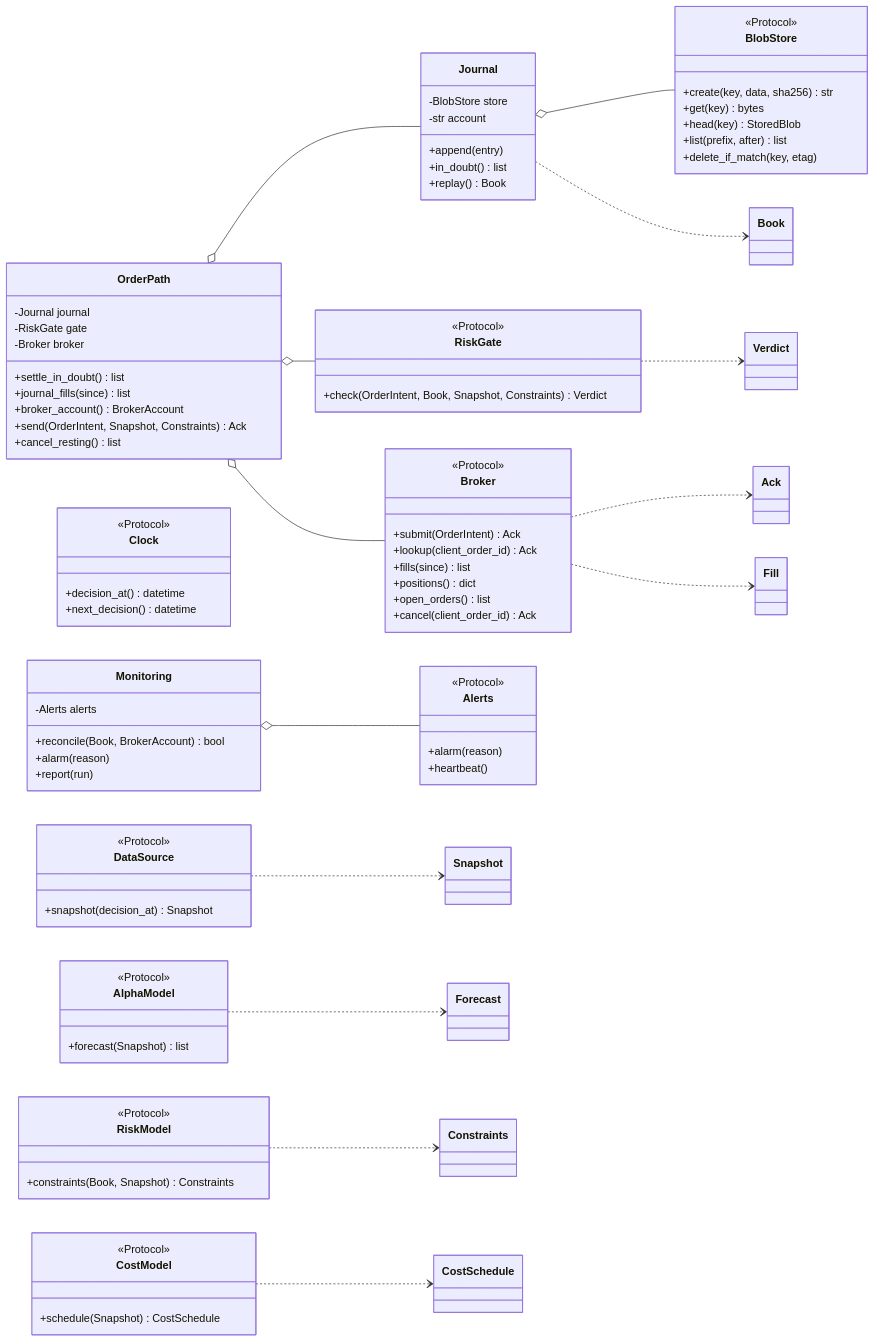
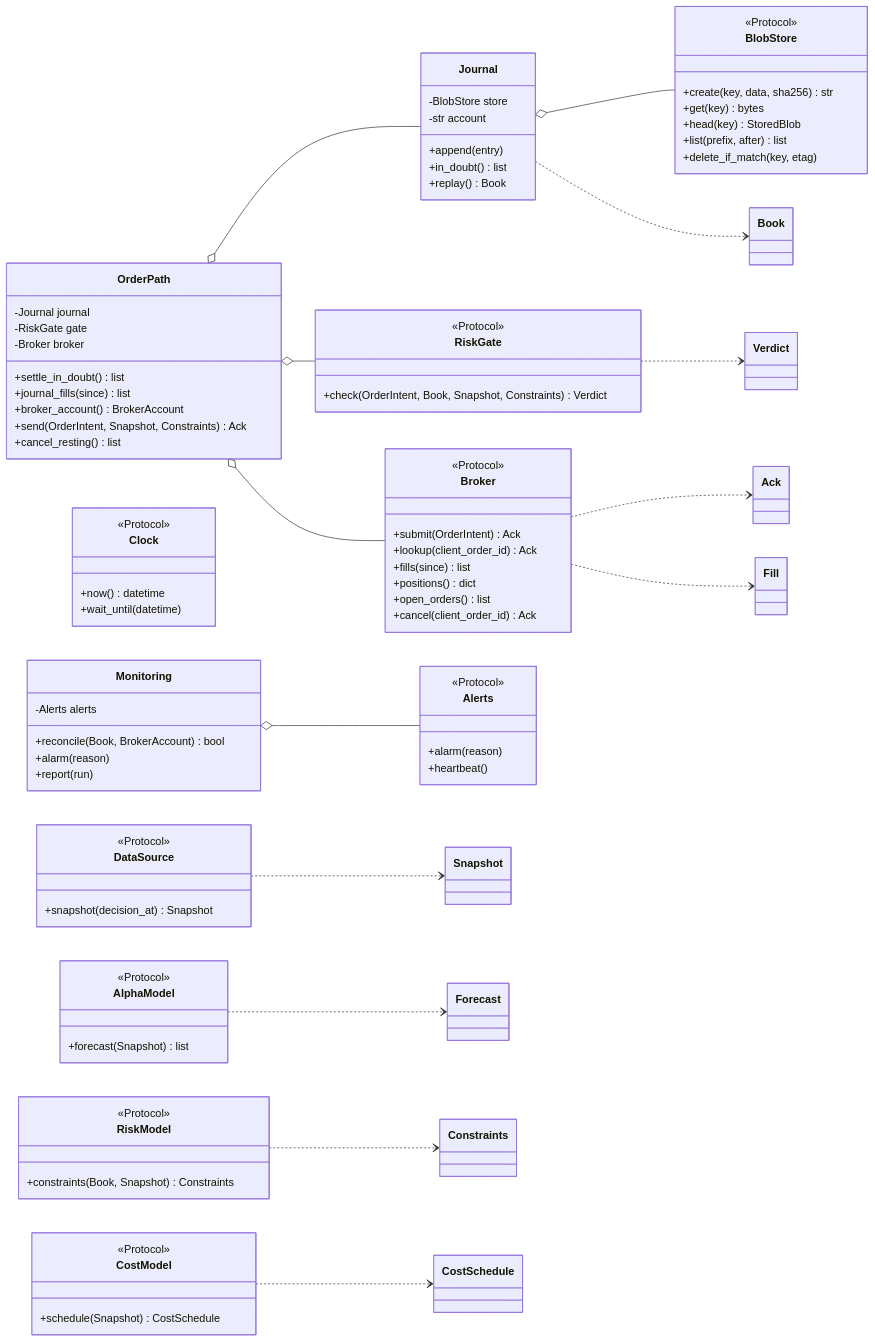
One commit to l3a0/ithildin-runtime changed diagram 11 of 16 in docs/architecture.md. Above: the diagram before and after it, drawn with Mermaid. The commit also changed other lines of this file and 2 other files, not shown here.

```diff
--- a/docs/architecture.md
+++ b/docs/architecture.md
@@ -1057,8 +1073,8 @@
     }
     class Clock {
         <<Protocol>>
-        +decision_at() datetime
-        +next_decision() datetime
+        +now() datetime
+        +wait_until(datetime)
     }
     class Broker {
         <<Protocol>>
```
